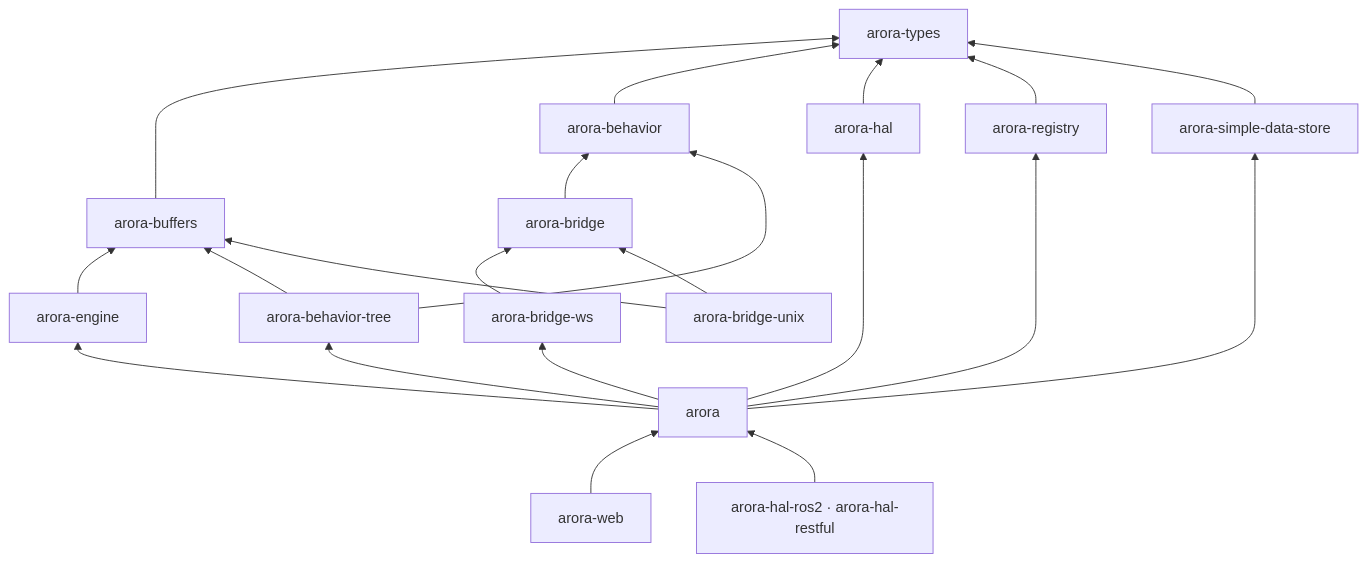
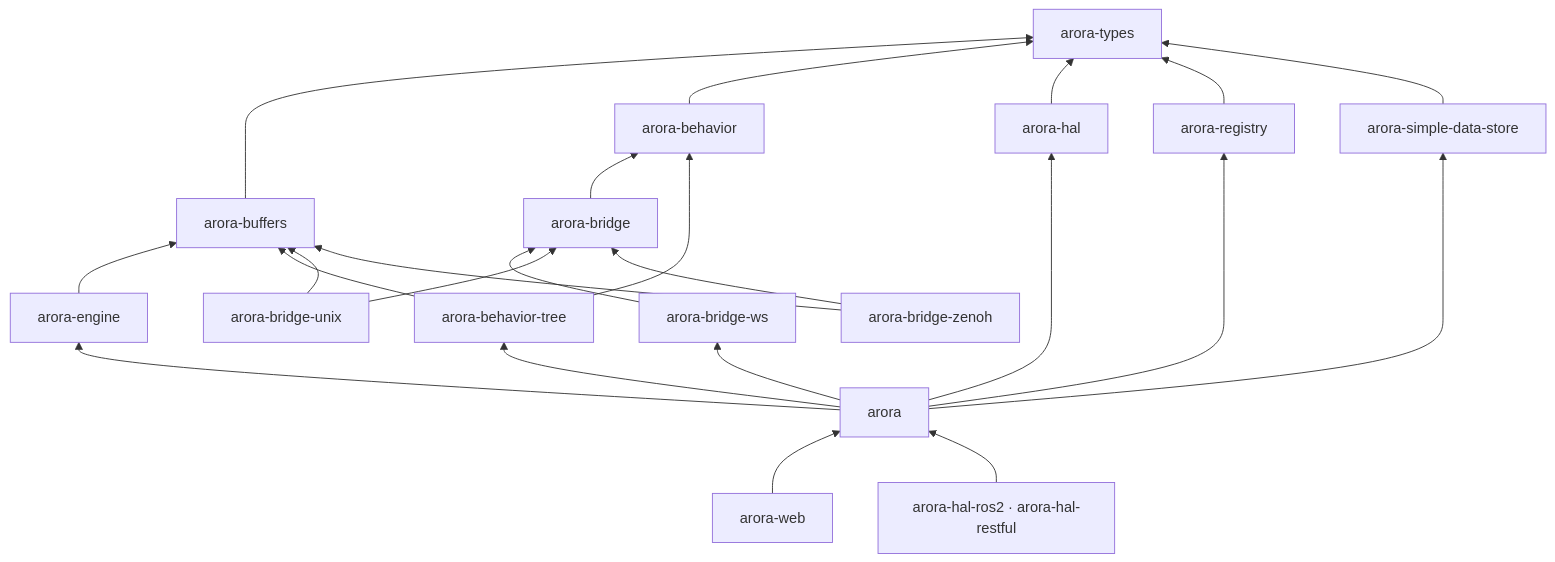
One commit to semio-ai/arora-sdk changed the first of 3 diagrams in docs/architecture.md. Above: the diagram before and after it, drawn with Mermaid. The commit also changed other lines of this file and 18 other files, not shown here.

````diff
--- a/docs/architecture.md
+++ b/docs/architecture.md
@@ -28,24 +28,26 @@
 ```mermaid
 graph BT
     types["arora-types"]
     buffers["arora-buffers"] --> types
     behavior["arora-behavior"] --> types
     hal["arora-hal"] --> types
     bridge["arora-bridge"] --> behavior
     registry["arora-registry"] --> types
     store["arora-simple-data-store"] --> types
     engine["arora-engine"] --> buffers
     bt["arora-behavior-tree"] --> behavior
     bt --> buffers
     ws["arora-bridge-ws"] --> bridge
     unix["arora-bridge-unix"] --> bridge
     unix --> buffers
+    zenoh["arora-bridge-zenoh"] --> bridge
+    zenoh --> buffers
     arora["arora"] --> engine
     arora --> bt
     arora --> hal
     arora --> ws
     arora --> registry
     arora --> store
     web["arora-web"] --> arora
     halros["arora-hal-ros2 · arora-hal-restful"] --> arora
 ```
````
